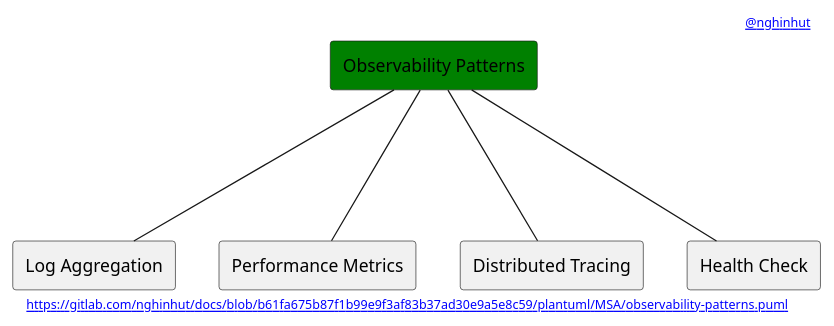
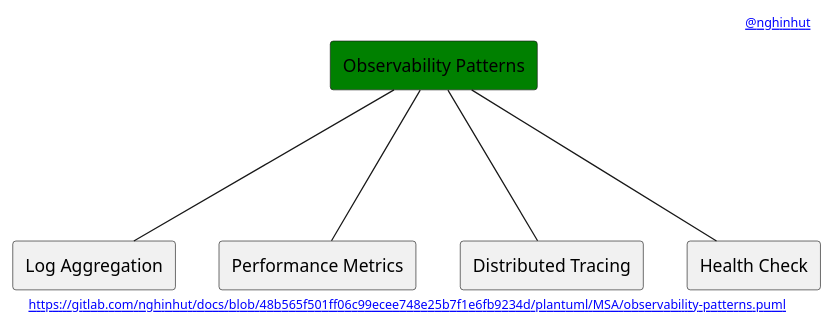
The diagram in plantuml/MSA/observability-patterns.puml (nghinhut/docs), drawn with PlantUML before and after one commit. The commit also changed 24 other files, not shown here.

Commit message:
docs(plantuml): update headers

```diff
--- a/plantuml/MSA/observability-patterns.puml
+++ b/plantuml/MSA/observability-patterns.puml
@@ -1,18 +1,18 @@
 @startuml
 '-----START auto generated metadata please keep comment here to allow auto update-----
 '-----DON'T EDIT THIS SECTION, INSTEAD RE-RUN prebuild.sh TO UPDATE-----
-header [[https://www.nghinhut.dev?from=http%5C%3A%5C%2F%5C%2Fwww%5C.plantuml%5C.com%5C%2Fplantuml%5C%2Fproxy%3Ffmt%3Dsvg%5C%26src%3Dhttps%5C%3A%5C%2F%5C%2Fgitlab%5C.com%5C%2Fnghinhut%5C%2Fdocs%5C%2Fraw%5C%2Fb61fa675b87f1b99e9f3af83b37ad30e9a5e8c59%5C%2Fplantuml%5C%2FMSA%5C%2Fobservability-patterns%5C.puml%0A @nghinhut]]
-footer [[http://www.plantuml.com/plantuml/proxy?fmt=svg&src=https://gitlab.com/nghinhut/docs/raw/b61fa675b87f1b99e9f3af83b37ad30e9a5e8c59/plantuml/MSA/observability-patterns.puml https://gitlab.com/nghinhut/docs/blob/b61fa675b87f1b99e9f3af83b37ad30e9a5e8c59/plantuml/MSA/observability-patterns.puml]]
+header [[https://www.nghinhut.dev?from=http%5C%3A%5C%2F%5C%2Fwww%5C.plantuml%5C.com%5C%2Fplantuml%5C%2Fproxy%3Ffmt%3Dsvg%5C%26src%3Dhttps%5C%3A%5C%2F%5C%2Fgitlab%5C.com%5C%2Fnghinhut%5C%2Fdocs%5C%2Fraw%5C%2F48b565f501ff06c99ecee748e25b7f1e6fb9234d%5C%2Fplantuml%5C%2FMSA%5C%2Fobservability-patterns%5C.puml%0A @nghinhut]]
+footer [[http://www.plantuml.com/plantuml/proxy?fmt=svg&src=https://gitlab.com/nghinhut/docs/raw/48b565f501ff06c99ecee748e25b7f1e6fb9234d/plantuml/MSA/observability-patterns.puml https://gitlab.com/nghinhut/docs/blob/48b565f501ff06c99ecee748e25b7f1e6fb9234d/plantuml/MSA/observability-patterns.puml]]
 '-----END auto generated metadata please keep comment here to allow auto update-----
 
 rectangle "Observability Patterns" as Observability #green
 
 rectangle "Log Aggregation" as ObservabilityP1
 rectangle "Performance Metrics" as ObservabilityP2
 rectangle "Distributed Tracing" as ObservabilityP3
 rectangle "Health Check" as ObservabilityP4
 Observability --- ObservabilityP1
 Observability --- ObservabilityP2
 Observability --- ObservabilityP3
 Observability --- ObservabilityP4
 @enduml
```
